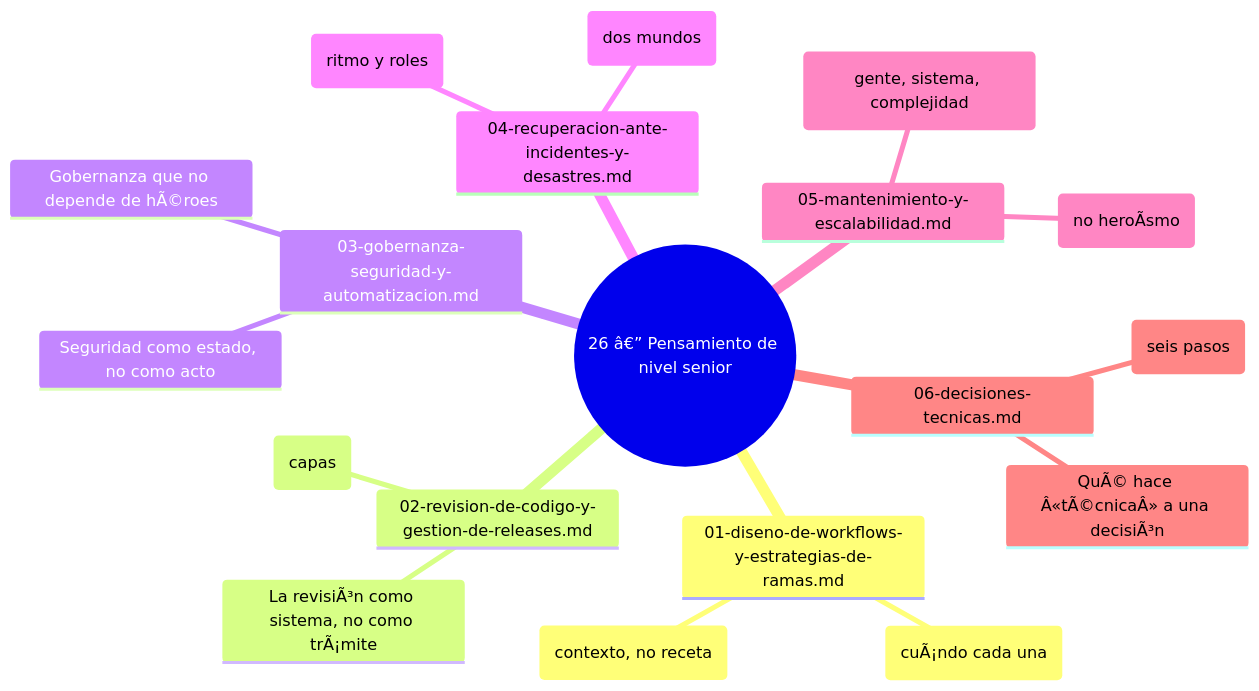
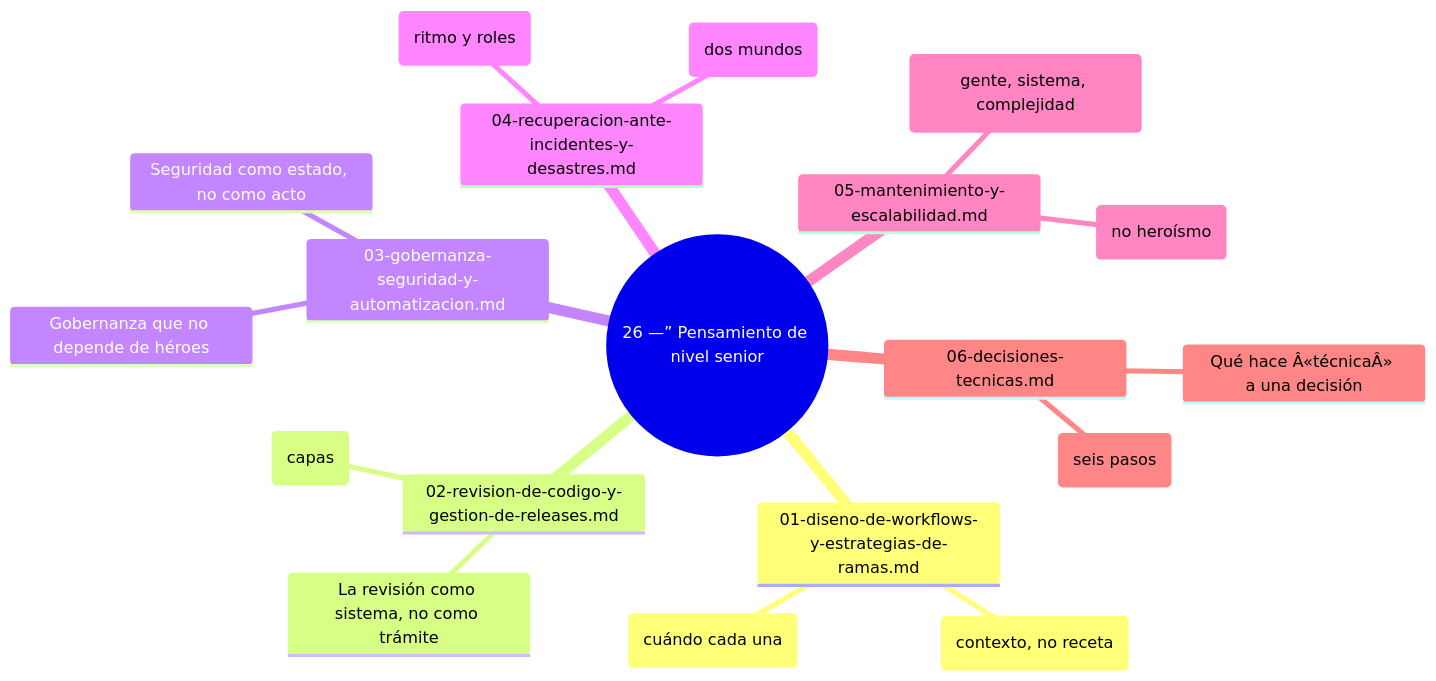
The diagram in 26-nivel-senior/README.md (jorgesislema/github-paso-a-paso), drawn with Mermaid before and after one commit. The commit also changed other lines of this file, not shown here.

````diff
--- a/26-nivel-senior/README.md
+++ b/26-nivel-senior/README.md
@@ -7,22 +7,22 @@
 ```mermaid
 mindmap
-  root((26 â€” Pensamiento de nivel senior))
+  root((26 —” Pensamiento de nivel senior))
     01-diseno-de-workflows-y-estrategias-de-ramas.md
       La pregunta senior (contexto, no receta)
-      Las estrategias como familia (cuÃ¡ndo cada una)
+      Las estrategias como familia (cuándo cada una)
     02-revision-de-codigo-y-gestion-de-releases.md
-      La revisiÃ³n como sistema, no como trÃ¡mite
-      QuÃ© mira una revisiÃ³n senior (capas)
+      La revisión como sistema, no como trámite
+      Qué mira una revisión senior (capas)
     03-gobernanza-seguridad-y-automatizacion.md
-      Gobernanza que no depende de hÃ©roes
+      Gobernanza que no depende de héroes
       Seguridad como estado, no como acto
     04-recuperacion-ante-incidentes-y-desastres.md
       Incidente vs. desastre (dos mundos)
       Respuesta a incidentes (ritmo y roles)
     05-mantenimiento-y-escalabilidad.md
-      Mantenimiento como presupuesto (no heroÃ­smo)
+      Mantenimiento como presupuesto (no heroísmo)
       Las tres escalas (gente, sistema, complejidad)
     06-decisiones-tecnicas.md
-      QuÃ© hace Â«tÃ©cnicaÂ» a una decisiÃ³n
-      El mÃ©todo completo (seis pasos)
+      Qué hace Â«técnicaÂ» a una decisión
+      El método completo (seis pasos)
 ```
````
